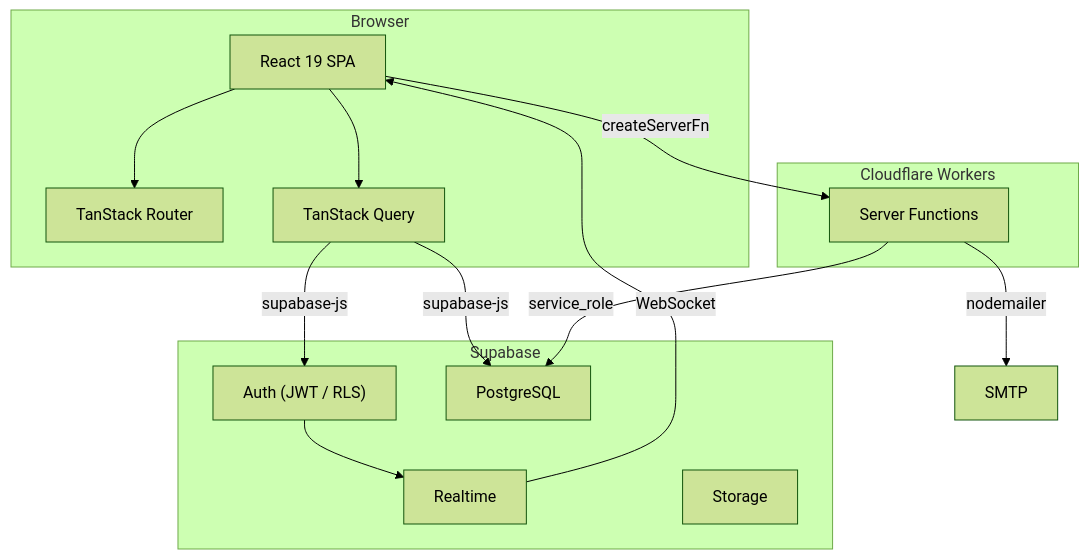
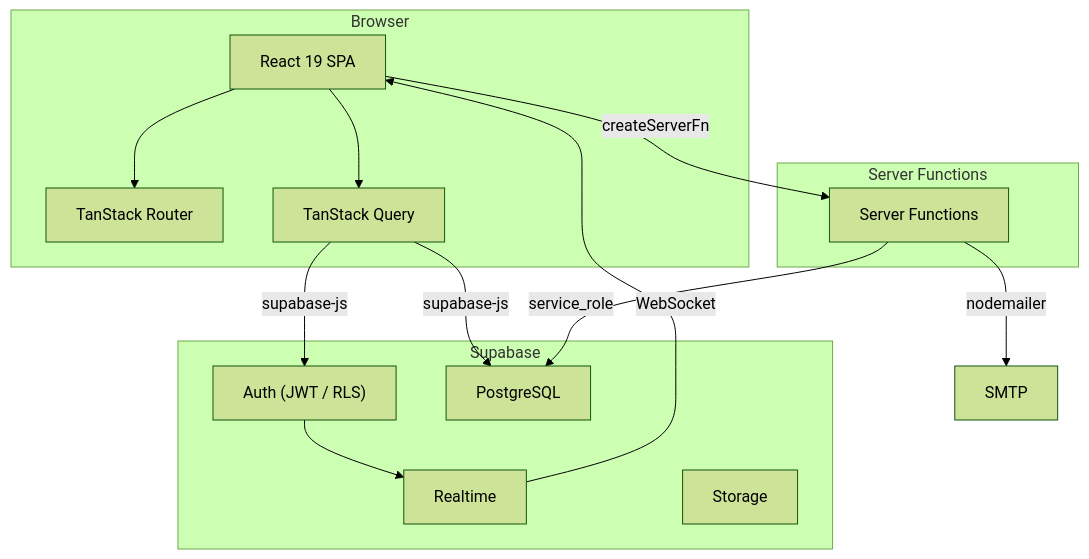
The first of 2 diagrams in src/content/docs/02-architecture/01-system-overview.mdx (gastaldellomarco/pcReady), drawn with Mermaid (forest theme) before and after one commit. The commit also changed other lines of this file and 8 other files, not shown here.

Commit message:
refactor: update documentation to remove Cloudflare Workers references and clarify server function execution

````diff
--- a/src/content/docs/02-architecture/01-system-overview.mdx
+++ b/src/content/docs/02-architecture/01-system-overview.mdx
@@ -28,26 +28,26 @@
 ```mermaid
 graph TB
     subgraph Browser
         React["React 19 SPA"]
         Router["TanStack Router"]
         Query["TanStack Query"]
     end
-    subgraph Edge["Cloudflare Workers"]
+    subgraph Edge["Server Functions"]
         SFn["Server Functions"]
     end
     subgraph Supabase["Supabase"]
         Auth["Auth (JWT / RLS)"]
         DB["PostgreSQL"]
         RT["Realtime"]
         Storage["Storage"]
     end
     React --> Router
     React --> Query
     Query -->|supabase-js| Auth
     Query -->|supabase-js| DB
     React -->|createServerFn| SFn
     SFn -->|service_role| DB
     SFn -->|nodemailer| Email["SMTP"]
     Auth --> RT
     RT -->|WebSocket| React
 ```
````
